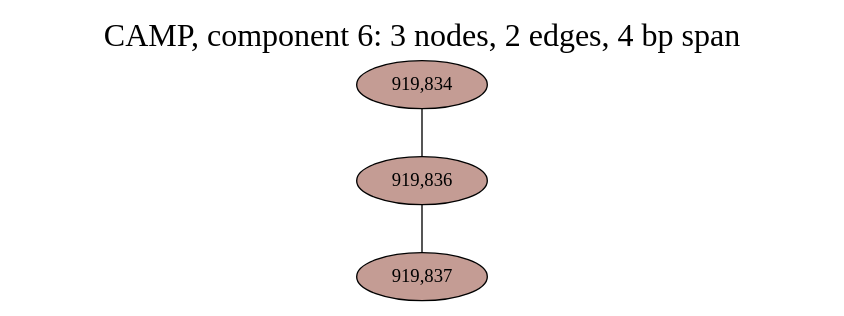
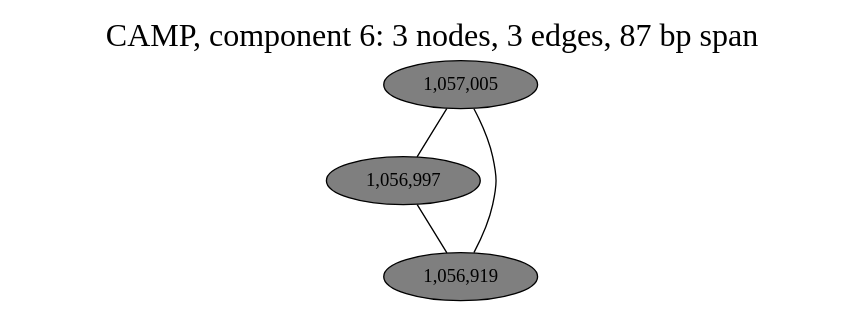
One commit to fedarko/sheepgut changed the diagram in notebooks/graphs/CAMP_cc6.gv. Above: the diagram before and after it, drawn with Graphviz. The commit also changed 52 other files, not shown here.

```diff
--- a/notebooks/graphs/CAMP_cc6.gv
+++ b/notebooks/graphs/CAMP_cc6.gv
@@ -1,12 +1,13 @@
 graph CAMP_cc6 {
 	overlap="prism50";
 	outputorder="edgesfirst";
-	label="CAMP, component 6: 3 nodes, 2 edges, 4 bp span";
+	label="CAMP, component 6: 3 nodes, 3 edges, 87 bp span";
 	labelloc="t";
 	fontsize=24;
-	"919,834" [style="filled", fillcolor="#c49c94", fontcolor="#000000"];
-	"919,836" [style="filled", fillcolor="#c49c94", fontcolor="#000000"];
-	"919,837" [style="filled", fillcolor="#c49c94", fontcolor="#000000"];
-	"919,834" -- "919,836";
-	"919,836" -- "919,837";
+	"1,057,005" [style="filled", fillcolor="#7f7f7f", fontcolor="#000000"];
+	"1,056,997" [style="filled", fillcolor="#7f7f7f", fontcolor="#000000"];
+	"1,056,919" [style="filled", fillcolor="#7f7f7f", fontcolor="#000000"];
+	"1,057,005" -- "1,056,919";
+	"1,057,005" -- "1,056,997";
+	"1,056,997" -- "1,056,919";
 }
```
